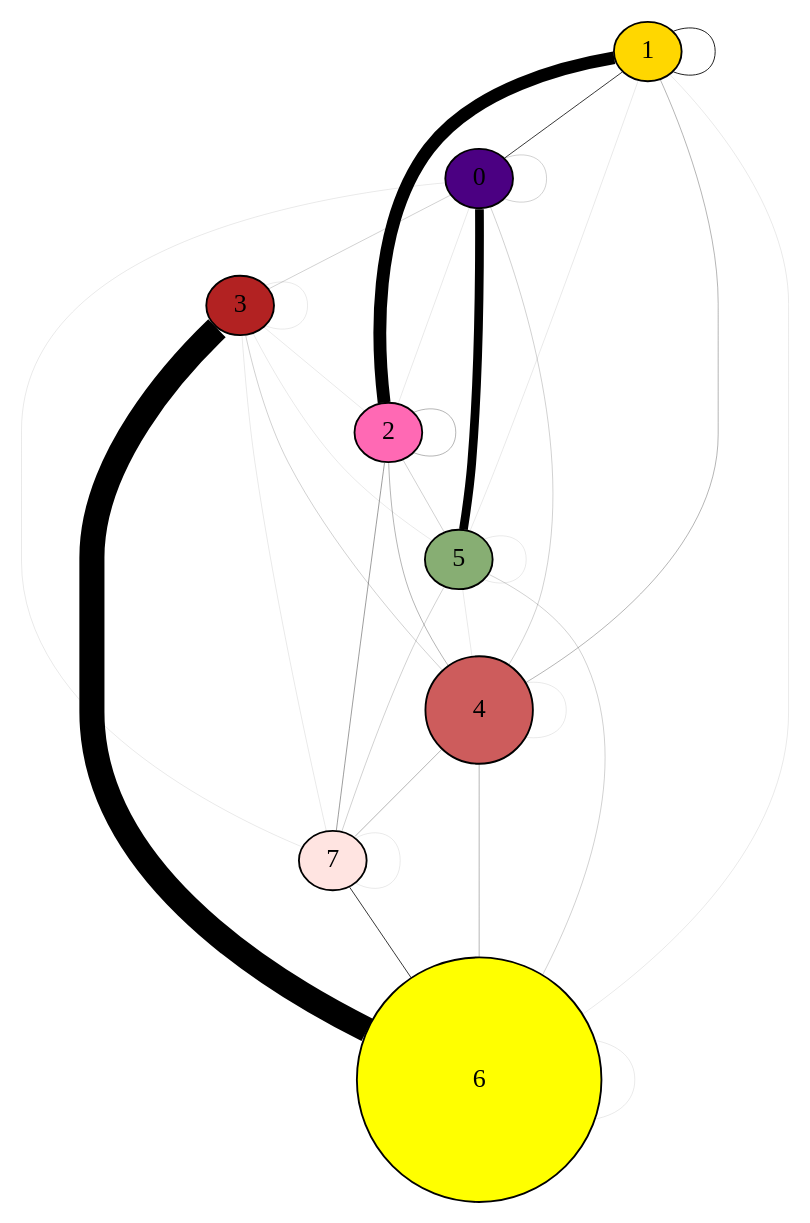
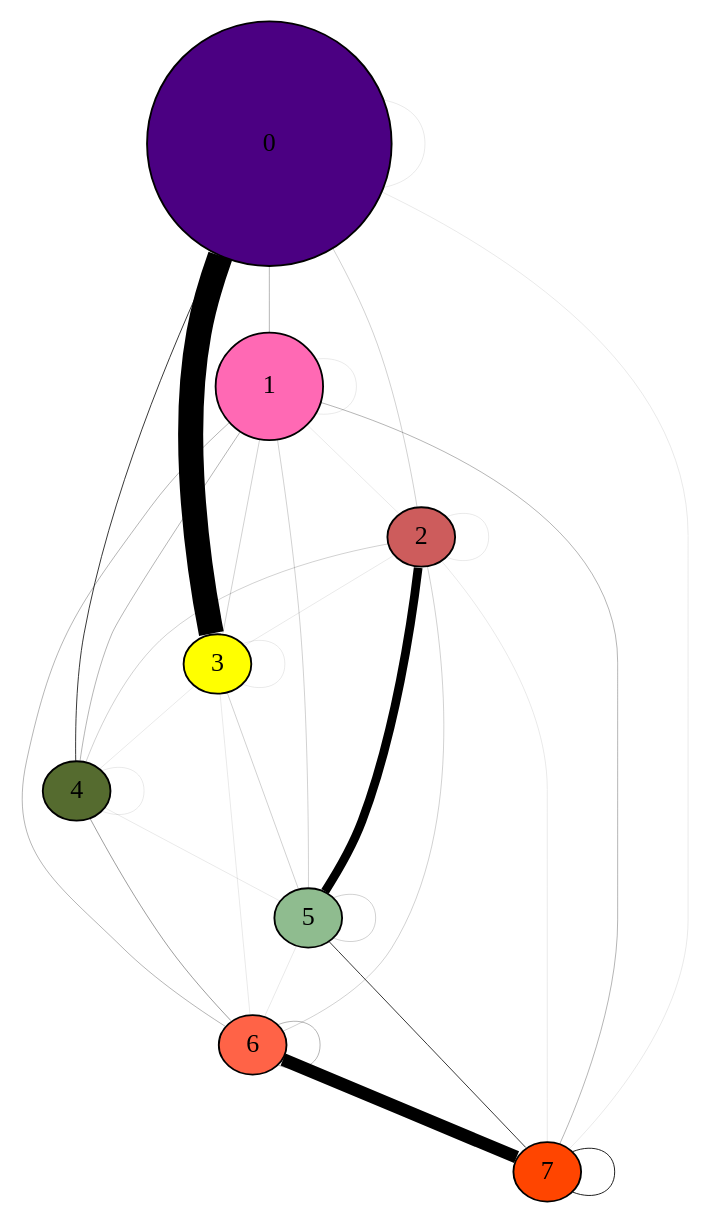
Before and after one commit to addulac/network: the diagram in img/M_g_power_law/graph.dot, drawn with Graphviz. The commit also changed 60 other files, not shown here.

```diff
--- a/img/M_g_power_law/graph.dot
+++ b/img/M_g_power_law/graph.dot
@@ -1,66 +1,66 @@
 graph  {
 	0	 [fillcolor="#4B0082",
+		height=1.83250605541,
+		style=filled,
+		width=1.83250605541];
+	0 -- 0	 [penwidth=0.0524825195545];
+	1	 [fillcolor="#FF69B4",
+		height=0.800032142185,
+		style=filled,
+		width=0.800032142185];
+	0 -- 1	 [penwidth=0.157447558664];
+	2	 [fillcolor="#CD5C5C",
+		height=0.0405421693675,
+		style=filled,
+		width=0.0405421693675];
+	0 -- 2	 [penwidth=0.104965039109];
+	3	 [fillcolor="#FFFF00",
+		height=0.0108112451647,
+		style=filled,
+		width=0.0108112451647];
+	0 -- 3	 [penwidth=13.5404900451];
+	4	 [fillcolor="#556B2F",
+		height=0.0081084338735,
+		style=filled,
+		width=0.0081084338735];
+	0 -- 4	 [penwidth=0.419860156436];
+	7	 [fillcolor="#FF4500",
+		height=0.00270281129117,
+		style=filled,
+		width=0.00270281129117];
+	0 -- 7	 [penwidth=0.0524825195545];
+	1 -- 1	 [penwidth=0.0524825195545];
+	1 -- 2	 [penwidth=0.0524825195545];
+	1 -- 3	 [penwidth=0.104965039109];
+	1 -- 4	 [penwidth=0.157447558664];
+	5	 [fillcolor="#8FBC8F",
 		height=0.00540562258233,
 		style=filled,
 		width=0.00540562258233];
-	0 -- 0	 [penwidth=0.104965039109];
-	2	 [fillcolor="#FF69B4",
+	1 -- 5	 [penwidth=0.104965039109];
+	6	 [fillcolor="#FF6347",
 		height=0.00270281129117,
 		style=filled,
 		width=0.00270281129117];
-	0 -- 2	 [penwidth=0.0524825195545];
-	3	 [fillcolor="#B22222",
-		height=0.0108112451647,
-		style=filled,
-		width=0.0108112451647];
-	0 -- 3	 [penwidth=0.104965039109];
-	4	 [fillcolor="#CD5C5C",
-		height=0.800032142185,
-		style=filled,
-		width=0.800032142185];
-	0 -- 4	 [penwidth=0.104965039109];
-	5	 [fillcolor="#87AE73",
-		height=0.0405421693675,
-		style=filled,
-		width=0.0405421693675];
-	0 -- 5	 [penwidth=4.72342675991];
-	7	 [fillcolor="#FFE4E1",
-		height=0.0081084338735,
-		style=filled,
-		width=0.0081084338735];
-	0 -- 7	 [penwidth=0.0524825195545];
-	1	 [fillcolor="#FFD700",
-		height=0.00270281129117,
-		style=filled,
-		width=0.00270281129117];
-	1 -- 0	 [penwidth=0.419860156436];
-	1 -- 1	 [penwidth=0.472342675991];
-	1 -- 2	 [penwidth=6.92769258119];
-	1 -- 4	 [penwidth=0.157447558664];
-	1 -- 5	 [penwidth=0.0524825195545];
-	6	 [fillcolor="#FFFF00",
-		height=1.83250605541,
-		style=filled,
-		width=1.83250605541];
-	1 -- 6	 [penwidth=0.0524825195545];
-	2 -- 2	 [penwidth=0.157447558664];
-	2 -- 4	 [penwidth=0.157447558664];
-	2 -- 5	 [penwidth=0.104965039109];
-	2 -- 7	 [penwidth=0.209930078218];
-	3 -- 2	 [penwidth=0.0524825195545];
+	1 -- 6	 [penwidth=0.157447558664];
+	1 -- 7	 [penwidth=0.157447558664];
+	2 -- 2	 [penwidth=0.0524825195545];
+	2 -- 3	 [penwidth=0.0524825195545];
+	2 -- 4	 [penwidth=0.104965039109];
+	2 -- 5	 [penwidth=4.72342675991];
+	2 -- 6	 [penwidth=0.104965039109];
+	2 -- 7	 [penwidth=0.0524825195545];
 	3 -- 3	 [penwidth=0.0524825195545];
-	3 -- 4	 [penwidth=0.104965039109];
-	3 -- 5	 [penwidth=0.0524825195545];
-	3 -- 6	 [penwidth=13.5404900451];
-	3 -- 7	 [penwidth=0.0524825195545];
+	3 -- 4	 [penwidth=0.0524825195545];
+	3 -- 5	 [penwidth=0.104965039109];
+	3 -- 6	 [penwidth=0.0524825195545];
 	4 -- 4	 [penwidth=0.0524825195545];
-	4 -- 6	 [penwidth=0.157447558664];
-	4 -- 7	 [penwidth=0.157447558664];
-	5 -- 4	 [penwidth=0.0524825195545];
-	5 -- 5	 [penwidth=0.0524825195545];
-	5 -- 6	 [penwidth=0.104965039109];
-	5 -- 7	 [penwidth=0.104965039109];
-	6 -- 6	 [penwidth=0.0524825195545];
-	7 -- 6	 [penwidth=0.419860156436];
-	7 -- 7	 [penwidth=0.0524825195545];
+	4 -- 5	 [penwidth=0.0524825195545];
+	4 -- 6	 [penwidth=0.209930078218];
+	5 -- 5	 [penwidth=0.104965039109];
+	5 -- 6	 [penwidth=0.0524825195545];
+	5 -- 7	 [penwidth=0.419860156436];
+	6 -- 6	 [penwidth=0.157447558664];
+	6 -- 7	 [penwidth=6.92769258119];
+	7 -- 7	 [penwidth=0.472342675991];
 }
```
